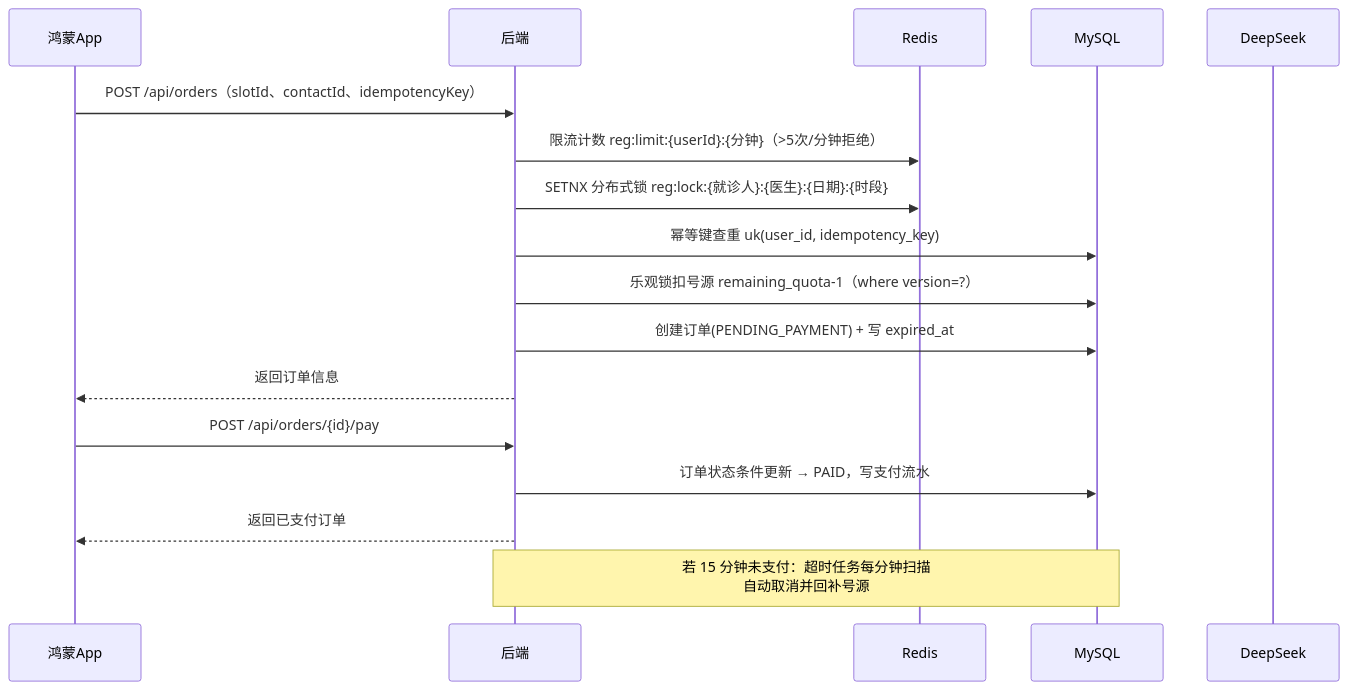
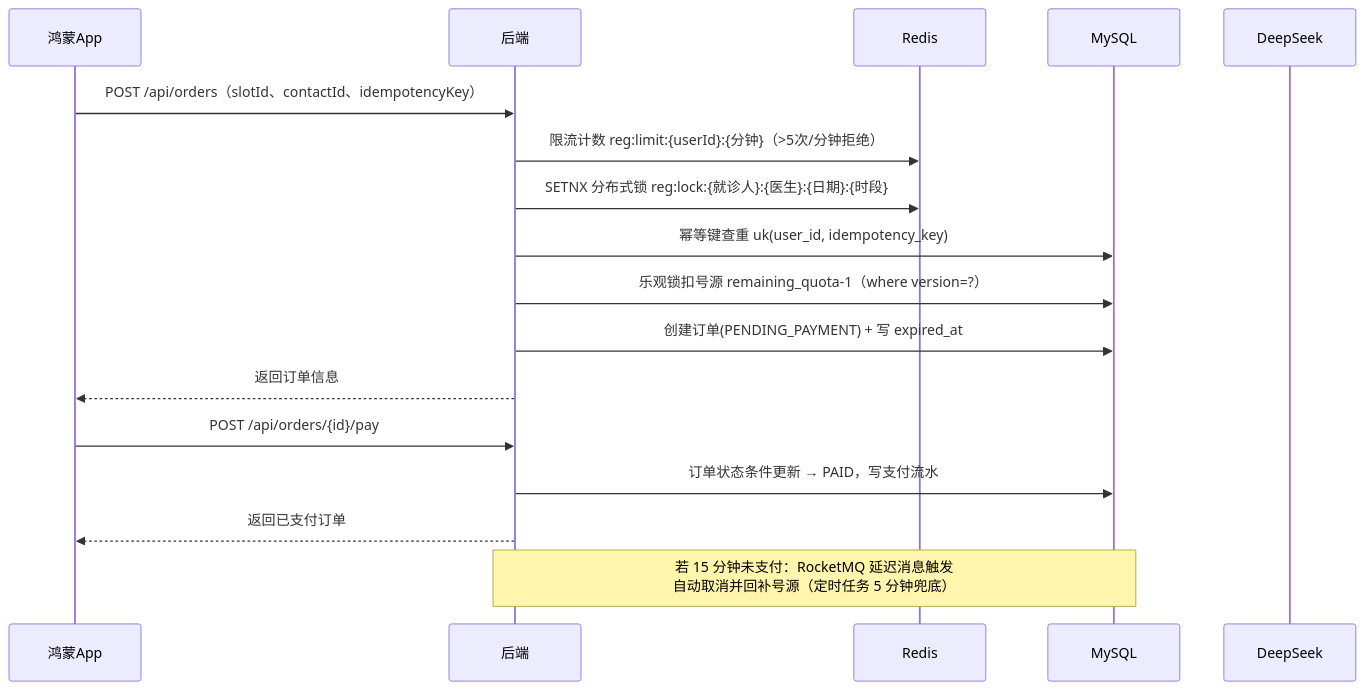
The second of 3 diagrams in docs/06-系统架构设计.md (coming-star/Harmony_hospital), drawn with Mermaid before and after one commit. The commit also changed other lines of this file and 58 other files, not shown here.

````diff
--- a/docs/06-系统架构设计.md
+++ b/docs/06-系统架构设计.md
@@ -72,20 +72,20 @@
 ```mermaid
 sequenceDiagram
     participant App as 鸿蒙App
     participant API as 后端
     participant R as Redis
     participant DB as MySQL
     participant DS as DeepSeek
 
     App->>API: POST /api/orders（slotId、contactId、idempotencyKey）
     API->>R: 限流计数 reg:limit:{userId}:{分钟}（>5次/分钟拒绝）
     API->>R: SETNX 分布式锁 reg:lock:{就诊人}:{医生}:{日期}:{时段}
     API->>DB: 幂等键查重 uk(user_id, idempotency_key)
     API->>DB: 乐观锁扣号源 remaining_quota-1（where version=?）
     API->>DB: 创建订单(PENDING_PAYMENT) + 写 expired_at
     API-->>App: 返回订单信息
     App->>API: POST /api/orders/{id}/pay
     API->>DB: 订单状态条件更新 → PAID，写支付流水
     API-->>App: 返回已支付订单
-    Note over API,DB: 若 15 分钟未支付：超时任务每分钟扫描<br/>自动取消并回补号源
+    Note over API,DB: 若 15 分钟未支付：RocketMQ 延迟消息触发<br/>自动取消并回补号源（定时任务 5 分钟兜底）
 ```
````
